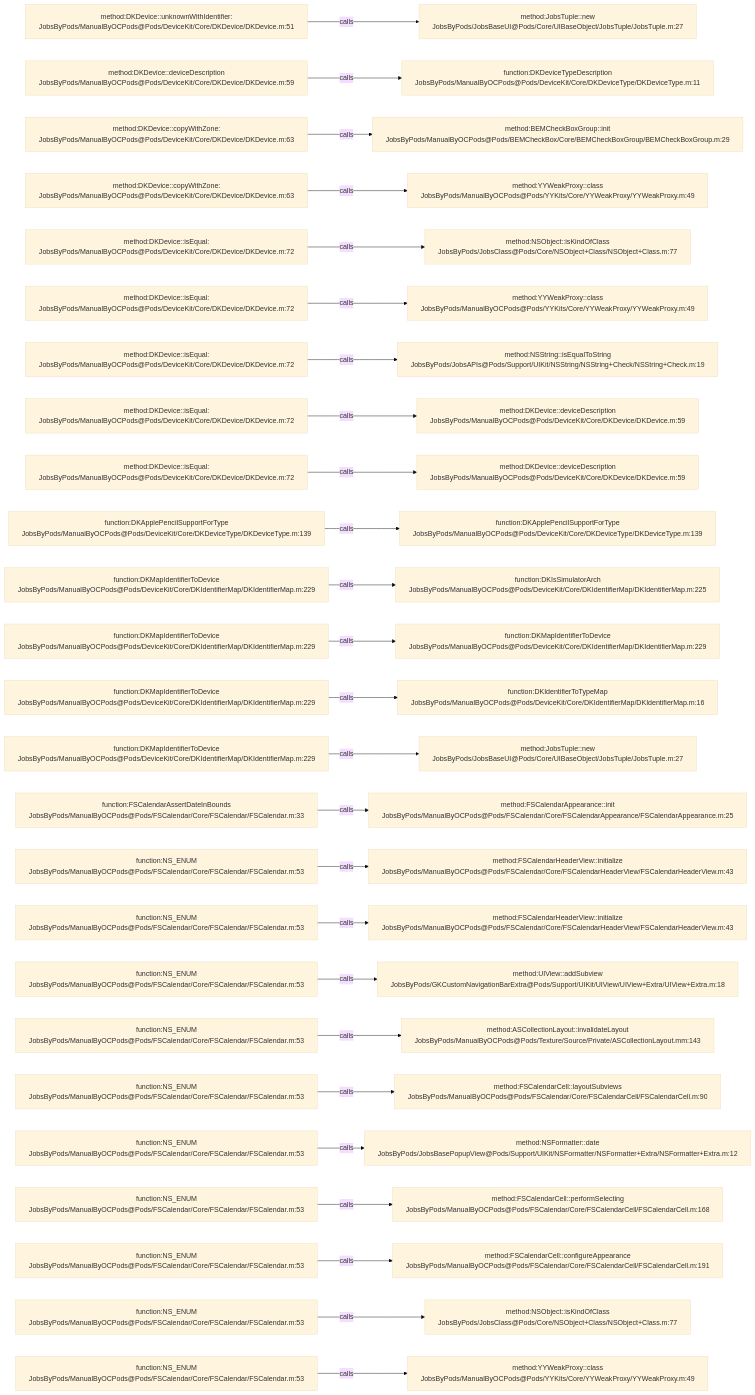
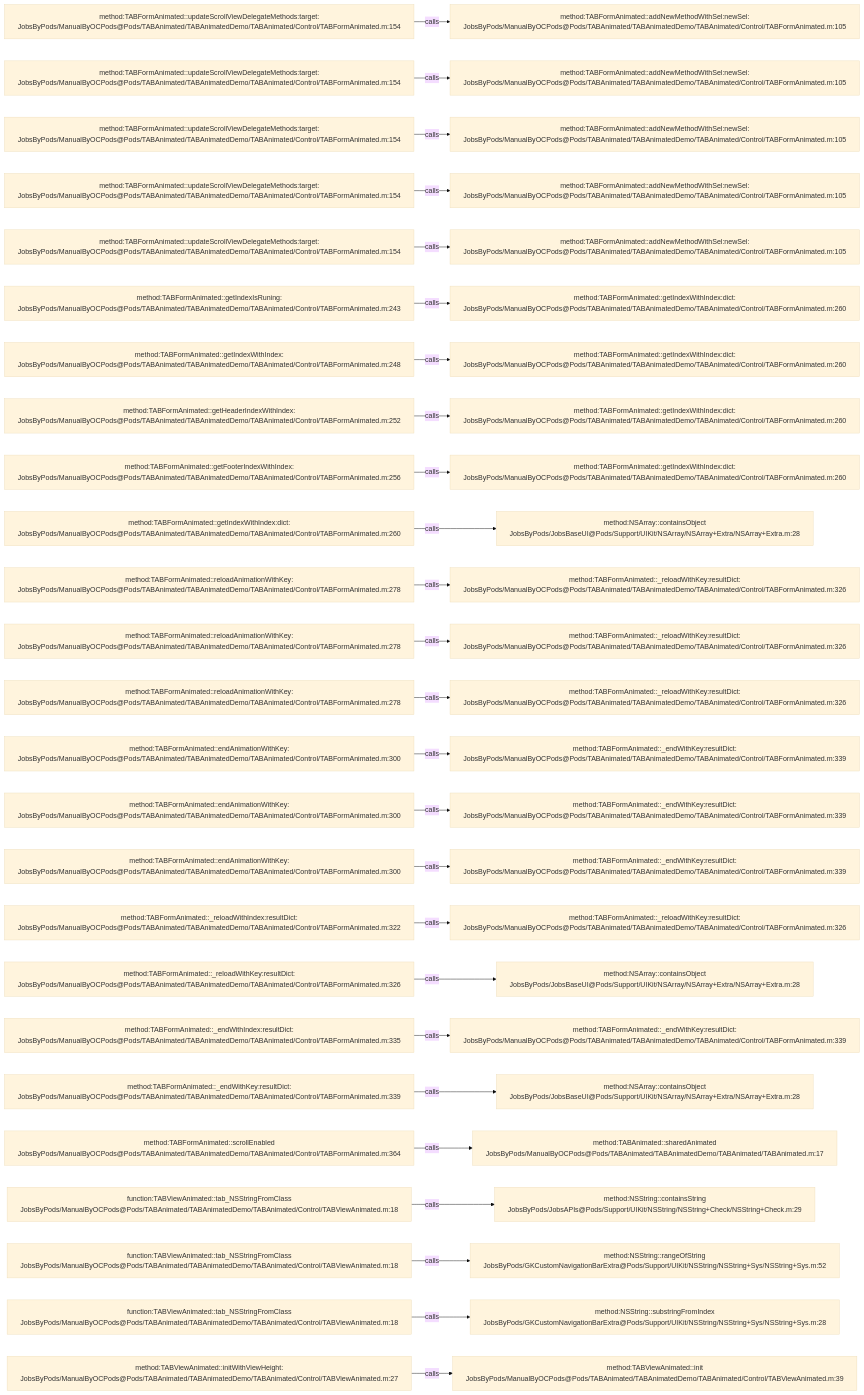
One commit to JobsKits/JobsOCBaseConfigDemo changed the diagram in .codegraph/codegraph.md/graphs/calls-188.md. Above: the diagram before and after it, drawn with Mermaid (base theme). The commit also changed 639 other files, not shown here.

````diff
--- a/.codegraph/codegraph.md/graphs/calls-188.md
+++ b/.codegraph/codegraph.md/graphs/calls-188.md
@@ -13,78 +13,78 @@
 ```mermaid
 flowchart LR
-  S1["method:DKDevice::unknownWithIdentifier:<br/>JobsByPods/ManualByOCPods@Pods/DeviceKit/Core/DKDevice/DKDevice.m:51"]
-  T1["method:JobsTuple::new<br/>JobsByPods/JobsBaseUI@Pods/Core/UIBaseObject/JobsTuple/JobsTuple.m:27"]
+  S1["method:TABFormAnimated::updateScrollViewDelegateMethods:target:<br/>JobsByPods/ManualByOCPods@Pods/TABAnimated/TABAnimatedDemo/TABAnimated/Control/TABFormAnimated.m:154"]
+  T1["method:TABFormAnimated::addNewMethodWithSel:newSel:<br/>JobsByPods/ManualByOCPods@Pods/TABAnimated/TABAnimatedDemo/TABAnimated/Control/TABFormAnimated.m:105"]
   S1 -->|calls| T1
-  S2["method:DKDevice::deviceDescription<br/>JobsByPods/ManualByOCPods@Pods/DeviceKit/Core/DKDevice/DKDevice.m:59"]
-  T2["function:DKDeviceTypeDescription<br/>JobsByPods/ManualByOCPods@Pods/DeviceKit/Core/DKDeviceType/DKDeviceType.m:11"]
+  S2["method:TABFormAnimated::updateScrollViewDelegateMethods:target:<br/>JobsByPods/ManualByOCPods@Pods/TABAnimated/TABAnimatedDemo/TABAnimated/Control/TABFormAnimated.m:154"]
+  T2["method:TABFormAnimated::addNewMethodWithSel:newSel:<br/>JobsByPods/ManualByOCPods@Pods/TABAnimated/TABAnimatedDemo/TABAnimated/Control/TABFormAnimated.m:105"]
   S2 -->|calls| T2
-  S3["method:DKDevice::copyWithZone:<br/>JobsByPods/ManualByOCPods@Pods/DeviceKit/Core/DKDevice/DKDevice.m:63"]
-  T3["method:BEMCheckBoxGroup::init<br/>JobsByPods/ManualByOCPods@Pods/BEMCheckBox/Core/BEMCheckBoxGroup/BEMCheckBoxGroup.m:29"]
+  S3["method:TABFormAnimated::updateScrollViewDelegateMethods:target:<br/>JobsByPods/ManualByOCPods@Pods/TABAnimated/TABAnimatedDemo/TABAnimated/Control/TABFormAnimated.m:154"]
+  T3["method:TABFormAnimated::addNewMethodWithSel:newSel:<br/>JobsByPods/ManualByOCPods@Pods/TABAnimated/TABAnimatedDemo/TABAnimated/Control/TABFormAnimated.m:105"]
   S3 -->|calls| T3
-  S4["method:DKDevice::copyWithZone:<br/>JobsByPods/ManualByOCPods@Pods/DeviceKit/Core/DKDevice/DKDevice.m:63"]
-  T4["method:YYWeakProxy::class<br/>JobsByPods/ManualByOCPods@Pods/YYKits/Core/YYWeakProxy/YYWeakProxy.m:49"]
+  S4["method:TABFormAnimated::updateScrollViewDelegateMethods:target:<br/>JobsByPods/ManualByOCPods@Pods/TABAnimated/TABAnimatedDemo/TABAnimated/Control/TABFormAnimated.m:154"]
+  T4["method:TABFormAnimated::addNewMethodWithSel:newSel:<br/>JobsByPods/ManualByOCPods@Pods/TABAnimated/TABAnimatedDemo/TABAnimated/Control/TABFormAnimated.m:105"]
   S4 -->|calls| T4
-  S5["method:DKDevice::isEqual:<br/>JobsByPods/ManualByOCPods@Pods/DeviceKit/Core/DKDevice/DKDevice.m:72"]
-  T5["method:NSObject::isKindOfClass<br/>JobsByPods/JobsClass@Pods/Core/NSObject+Class/NSObject+Class.m:77"]
+  S5["method:TABFormAnimated::updateScrollViewDelegateMethods:target:<br/>JobsByPods/ManualByOCPods@Pods/TABAnimated/TABAnimatedDemo/TABAnimated/Control/TABFormAnimated.m:154"]
+  T5["method:TABFormAnimated::addNewMethodWithSel:newSel:<br/>JobsByPods/ManualByOCPods@Pods/TABAnimated/TABAnimatedDemo/TABAnimated/Control/TABFormAnimated.m:105"]
   S5 -->|calls| T5
-  S6["method:DKDevice::isEqual:<br/>JobsByPods/ManualByOCPods@Pods/DeviceKit/Core/DKDevice/DKDevice.m:72"]
-  T6["method:YYWeakProxy::class<br/>JobsByPods/ManualByOCPods@Pods/YYKits/Core/YYWeakProxy/YYWeakProxy.m:49"]
+  S6["method:TABFormAnimated::getIndexIsRuning:<br/>JobsByPods/ManualByOCPods@Pods/TABAnimated/TABAnimatedDemo/TABAnimated/Control/TABFormAnimated.m:243"]
+  T6["method:TABFormAnimated::getIndexWithIndex:dict:<br/>JobsByPods/ManualByOCPods@Pods/TABAnimated/TABAnimatedDemo/TABAnimated/Control/TABFormAnimated.m:260"]
   S6 -->|calls| T6
-  S7["method:DKDevice::isEqual:<br/>JobsByPods/ManualByOCPods@Pods/DeviceKit/Core/DKDevice/DKDevice.m:72"]
-  T7["method:NSString::isEqualToString<br/>JobsByPods/JobsAPIs@Pods/Support/UIKit/NSString/NSString+Check/NSString+Check.m:19"]
+  S7["method:TABFormAnimated::getIndexWithIndex:<br/>JobsByPods/ManualByOCPods@Pods/TABAnimated/TABAnimatedDemo/TABAnimated/Control/TABFormAnimated.m:248"]
+  T7["method:TABFormAnimated::getIndexWithIndex:dict:<br/>JobsByPods/ManualByOCPods@Pods/TABAnimated/TABAnimatedDemo/TABAnimated/Control/TABFormAnimated.m:260"]
   S7 -->|calls| T7
-  S8["method:DKDevice::isEqual:<br/>JobsByPods/ManualByOCPods@Pods/DeviceKit/Core/DKDevice/DKDevice.m:72"]
-  T8["method:DKDevice::deviceDescription<br/>JobsByPods/ManualByOCPods@Pods/DeviceKit/Core/DKDevice/DKDevice.m:59"]
+  S8["method:TABFormAnimated::getHeaderIndexWithIndex:<br/>JobsByPods/ManualByOCPods@Pods/TABAnimated/TABAnimatedDemo/TABAnimated/Control/TABFormAnimated.m:252"]
+  T8["method:TABFormAnimated::getIndexWithIndex:dict:<br/>JobsByPods/ManualByOCPods@Pods/TABAnimated/TABAnimatedDemo/TABAnimated/Control/TABFormAnimated.m:260"]
   S8 -->|calls| T8
-  S9["method:DKDevice::isEqual:<br/>JobsByPods/ManualByOCPods@Pods/DeviceKit/Core/DKDevice/DKDevice.m:72"]
-  T9["method:DKDevice::deviceDescription<br/>JobsByPods/ManualByOCPods@Pods/DeviceKit/Core/DKDevice/DKDevice.m:59"]
+  S9["method:TABFormAnimated::getFooterIndexWithIndex:<br/>JobsByPods/ManualByOCPods@Pods/TABAnimated/TABAnimatedDemo/TABAnimated/Control/TABFormAnimated.m:256"]
+  T9["method:TABFormAnimated::getIndexWithIndex:dict:<br/>JobsByPods/ManualByOCPods@Pods/TABAnimated/TABAnimatedDemo/TABAnimated/Control/TABFormAnimated.m:260"]
   S9 -->|calls| T9
-  S10["function:DKApplePencilSupportForType<br/>JobsByPods/ManualByOCPods@Pods/DeviceKit/Core/DKDeviceType/DKDeviceType.m:139"]
-  T10["function:DKApplePencilSupportForType<br/>JobsByPods/ManualByOCPods@Pods/DeviceKit/Core/DKDeviceType/DKDeviceType.m:139"]
+  S10["method:TABFormAnimated::getIndexWithIndex:dict:<br/>JobsByPods/ManualByOCPods@Pods/TABAnimated/TABAnimatedDemo/TABAnimated/Control/TABFormAnimated.m:260"]
+  T10["method:NSArray::containsObject<br/>JobsByPods/JobsBaseUI@Pods/Support/UIKit/NSArray/NSArray+Extra/NSArray+Extra.m:28"]
   S10 -->|calls| T10
-  S11["function:DKMapIdentifierToDevice<br/>JobsByPods/ManualByOCPods@Pods/DeviceKit/Core/DKIdentifierMap/DKIdentifierMap.m:229"]
-  T11["function:DKIsSimulatorArch<br/>JobsByPods/ManualByOCPods@Pods/DeviceKit/Core/DKIdentifierMap/DKIdentifierMap.m:225"]
+  S11["method:TABFormAnimated::reloadAnimationWithKey:<br/>JobsByPods/ManualByOCPods@Pods/TABAnimated/TABAnimatedDemo/TABAnimated/Control/TABFormAnimated.m:278"]
+  T11["method:TABFormAnimated::_reloadWithKey:resultDict:<br/>JobsByPods/ManualByOCPods@Pods/TABAnimated/TABAnimatedDemo/TABAnimated/Control/TABFormAnimated.m:326"]
   S11 -->|calls| T11
-  S12["function:DKMapIdentifierToDevice<br/>JobsByPods/ManualByOCPods@Pods/DeviceKit/Core/DKIdentifierMap/DKIdentifierMap.m:229"]
-  T12["function:DKMapIdentifierToDevice<br/>JobsByPods/ManualByOCPods@Pods/DeviceKit/Core/DKIdentifierMap/DKIdentifierMap.m:229"]
+  S12["method:TABFormAnimated::reloadAnimationWithKey:<br/>JobsByPods/ManualByOCPods@Pods/TABAnimated/TABAnimatedDemo/TABAnimated/Control/TABFormAnimated.m:278"]
+  T12["method:TABFormAnimated::_reloadWithKey:resultDict:<br/>JobsByPods/ManualByOCPods@Pods/TABAnimated/TABAnimatedDemo/TABAnimated/Control/TABFormAnimated.m:326"]
   S12 -->|calls| T12
-  S13["function:DKMapIdentifierToDevice<br/>JobsByPods/ManualByOCPods@Pods/DeviceKit/Core/DKIdentifierMap/DKIdentifierMap.m:229"]
-  T13["function:DKIdentifierToTypeMap<br/>JobsByPods/ManualByOCPods@Pods/DeviceKit/Core/DKIdentifierMap/DKIdentifierMap.m:16"]
+  S13["method:TABFormAnimated::reloadAnimationWithKey:<br/>JobsByPods/ManualByOCPods@Pods/TABAnimated/TABAnimatedDemo/TABAnimated/Control/TABFormAnimated.m:278"]
+  T13["method:TABFormAnimated::_reloadWithKey:resultDict:<br/>JobsByPods/ManualByOCPods@Pods/TABAnimated/TABAnimatedDemo/TABAnimated/Control/TABFormAnimated.m:326"]
   S13 -->|calls| T13
-  S14["function:DKMapIdentifierToDevice<br/>JobsByPods/ManualByOCPods@Pods/DeviceKit/Core/DKIdentifierMap/DKIdentifierMap.m:229"]
-  T14["method:JobsTuple::new<br/>JobsByPods/JobsBaseUI@Pods/Core/UIBaseObject/JobsTuple/JobsTuple.m:27"]
+  S14["method:TABFormAnimated::endAnimationWithKey:<br/>JobsByPods/ManualByOCPods@Pods/TABAnimated/TABAnimatedDemo/TABAnimated/Control/TABFormAnimated.m:300"]
+  T14["method:TABFormAnimated::_endWithKey:resultDict:<br/>JobsByPods/ManualByOCPods@Pods/TABAnimated/TABAnimatedDemo/TABAnimated/Control/TABFormAnimated.m:339"]
   S14 -->|calls| T14
-  S15["function:FSCalendarAssertDateInBounds<br/>JobsByPods/ManualByOCPods@Pods/FSCalendar/Core/FSCalendar/FSCalendar.m:33"]
-  T15["method:FSCalendarAppearance::init<br/>JobsByPods/ManualByOCPods@Pods/FSCalendar/Core/FSCalendarAppearance/FSCalendarAppearance.m:25"]
+  S15["method:TABFormAnimated::endAnimationWithKey:<br/>JobsByPods/ManualByOCPods@Pods/TABAnimated/TABAnimatedDemo/TABAnimated/Control/TABFormAnimated.m:300"]
+  T15["method:TABFormAnimated::_endWithKey:resultDict:<br/>JobsByPods/ManualByOCPods@Pods/TABAnimated/TABAnimatedDemo/TABAnimated/Control/TABFormAnimated.m:339"]
   S15 -->|calls| T15
-  S16["function:NS_ENUM<br/>JobsByPods/ManualByOCPods@Pods/FSCalendar/Core/FSCalendar/FSCalendar.m:53"]
-  T16["method:FSCalendarHeaderView::initialize<br/>JobsByPods/ManualByOCPods@Pods/FSCalendar/Core/FSCalendarHeaderView/FSCalendarHeaderView.m:43"]
+  S16["method:TABFormAnimated::endAnimationWithKey:<br/>JobsByPods/ManualByOCPods@Pods/TABAnimated/TABAnimatedDemo/TABAnimated/Control/TABFormAnimated.m:300"]
+  T16["method:TABFormAnimated::_endWithKey:resultDict:<br/>JobsByPods/ManualByOCPods@Pods/TABAnimated/TABAnimatedDemo/TABAnimated/Control/TABFormAnimated.m:339"]
   S16 -->|calls| T16
-  S17["function:NS_ENUM<br/>JobsByPods/ManualByOCPods@Pods/FSCalendar/Core/FSCalendar/FSCalendar.m:53"]
-  T17["method:FSCalendarHeaderView::initialize<br/>JobsByPods/ManualByOCPods@Pods/FSCalendar/Core/FSCalendarHeaderView/FSCalendarHeaderView.m:43"]
+  S17["method:TABFormAnimated::_reloadWithIndex:resultDict:<br/>JobsByPods/ManualByOCPods@Pods/TABAnimated/TABAnimatedDemo/TABAnimated/Control/TABFormAnimated.m:322"]
+  T17["method:TABFormAnimated::_reloadWithKey:resultDict:<br/>JobsByPods/ManualByOCPods@Pods/TABAnimated/TABAnimatedDemo/TABAnimated/Control/TABFormAnimated.m:326"]
   S17 -->|calls| T17
-  S18["function:NS_ENUM<br/>JobsByPods/ManualByOCPods@Pods/FSCalendar/Core/FSCalendar/FSCalendar.m:53"]
-  T18["method:UIView::addSubview<br/>JobsByPods/GKCustomNavigationBarExtra@Pods/Support/UIKit/UIView/UIView+Extra/UIView+Extra.m:18"]
+  S18["method:TABFormAnimated::_reloadWithKey:resultDict:<br/>JobsByPods/ManualByOCPods@Pods/TABAnimated/TABAnimatedDemo/TABAnimated/Control/TABFormAnimated.m:326"]
+  T18["method:NSArray::containsObject<br/>JobsByPods/JobsBaseUI@Pods/Support/UIKit/NSArray/NSArray+Extra/NSArray+Extra.m:28"]
   S18 -->|calls| T18
-  S19["function:NS_ENUM<br/>JobsByPods/ManualByOCPods@Pods/FSCalendar/Core/FSCalendar/FSCalendar.m:53"]
-  T19["method:ASCollectionLayout::invalidateLayout<br/>JobsByPods/ManualByOCPods@Pods/Texture/Source/Private/ASCollectionLayout.mm:143"]
+  S19["method:TABFormAnimated::_endWithIndex:resultDict:<br/>JobsByPods/ManualByOCPods@Pods/TABAnimated/TABAnimatedDemo/TABAnimated/Control/TABFormAnimated.m:335"]
+  T19["method:TABFormAnimated::_endWithKey:resultDict:<br/>JobsByPods/ManualByOCPods@Pods/TABAnimated/TABAnimatedDemo/TABAnimated/Control/TABFormAnimated.m:339"]
   S19 -->|calls| T19
-  S20["function:NS_ENUM<br/>JobsByPods/ManualByOCPods@Pods/FSCalendar/Core/FSCalendar/FSCalendar.m:53"]
-  T20["method:FSCalendarCell::layoutSubviews<br/>JobsByPods/ManualByOCPods@Pods/FSCalendar/Core/FSCalendarCell/FSCalendarCell.m:90"]
+  S20["method:TABFormAnimated::_endWithKey:resultDict:<br/>JobsByPods/ManualByOCPods@Pods/TABAnimated/TABAnimatedDemo/TABAnimated/Control/TABFormAnimated.m:339"]
+  T20["method:NSArray::containsObject<br/>JobsByPods/JobsBaseUI@Pods/Support/UIKit/NSArray/NSArray+Extra/NSArray+Extra.m:28"]
   S20 -->|calls| T20
-  S21["function:NS_ENUM<br/>JobsByPods/ManualByOCPods@Pods/FSCalendar/Core/FSCalendar/FSCalendar.m:53"]
-  T21["method:NSFormatter::date<br/>JobsByPods/JobsBasePopupView@Pods/Support/UIKit/NSFormatter/NSFormatter+Extra/NSFormatter+Extra.m:12"]
+  S21["method:TABFormAnimated::scrollEnabled<br/>JobsByPods/ManualByOCPods@Pods/TABAnimated/TABAnimatedDemo/TABAnimated/Control/TABFormAnimated.m:364"]
+  T21["method:TABAnimated::sharedAnimated<br/>JobsByPods/ManualByOCPods@Pods/TABAnimated/TABAnimatedDemo/TABAnimated/TABAnimated.m:17"]
   S21 -->|calls| T21
-  S22["function:NS_ENUM<br/>JobsByPods/ManualByOCPods@Pods/FSCalendar/Core/FSCalendar/FSCalendar.m:53"]
-  T22["method:FSCalendarCell::performSelecting<br/>JobsByPods/ManualByOCPods@Pods/FSCalendar/Core/FSCalendarCell/FSCalendarCell.m:168"]
+  S22["function:TABViewAnimated::tab_NSStringFromClass<br/>JobsByPods/ManualByOCPods@Pods/TABAnimated/TABAnimatedDemo/TABAnimated/Control/TABViewAnimated.m:18"]
+  T22["method:NSString::containsString<br/>JobsByPods/JobsAPIs@Pods/Support/UIKit/NSString/NSString+Check/NSString+Check.m:29"]
   S22 -->|calls| T22
-  S23["function:NS_ENUM<br/>JobsByPods/ManualByOCPods@Pods/FSCalendar/Core/FSCalendar/FSCalendar.m:53"]
-  T23["method:FSCalendarCell::configureAppearance<br/>JobsByPods/ManualByOCPods@Pods/FSCalendar/Core/FSCalendarCell/FSCalendarCell.m:191"]
+  S23["function:TABViewAnimated::tab_NSStringFromClass<br/>JobsByPods/ManualByOCPods@Pods/TABAnimated/TABAnimatedDemo/TABAnimated/Control/TABViewAnimated.m:18"]
+  T23["method:NSString::rangeOfString<br/>JobsByPods/GKCustomNavigationBarExtra@Pods/Support/UIKit/NSString/NSString+Sys/NSString+Sys.m:52"]
   S23 -->|calls| T23
-  S24["function:NS_ENUM<br/>JobsByPods/ManualByOCPods@Pods/FSCalendar/Core/FSCalendar/FSCalendar.m:53"]
-  T24["method:NSObject::isKindOfClass<br/>JobsByPods/JobsClass@Pods/Core/NSObject+Class/NSObject+Class.m:77"]
+  S24["function:TABViewAnimated::tab_NSStringFromClass<br/>JobsByPods/ManualByOCPods@Pods/TABAnimated/TABAnimatedDemo/TABAnimated/Control/TABViewAnimated.m:18"]
+  T24["method:NSString::substringFromIndex<br/>JobsByPods/GKCustomNavigationBarExtra@Pods/Support/UIKit/NSString/NSString+Sys/NSString+Sys.m:28"]
   S24 -->|calls| T24
-  S25["function:NS_ENUM<br/>JobsByPods/ManualByOCPods@Pods/FSCalendar/Core/FSCalendar/FSCalendar.m:53"]
-  T25["method:YYWeakProxy::class<br/>JobsByPods/ManualByOCPods@Pods/YYKits/Core/YYWeakProxy/YYWeakProxy.m:49"]
+  S25["method:TABViewAnimated::initWithViewHeight:<br/>JobsByPods/ManualByOCPods@Pods/TABAnimated/TABAnimatedDemo/TABAnimated/Control/TABViewAnimated.m:27"]
+  T25["method:TABViewAnimated::init<br/>JobsByPods/ManualByOCPods@Pods/TABAnimated/TABAnimatedDemo/TABAnimated/Control/TABViewAnimated.m:39"]
   S25 -->|calls| T25
 ```
````
